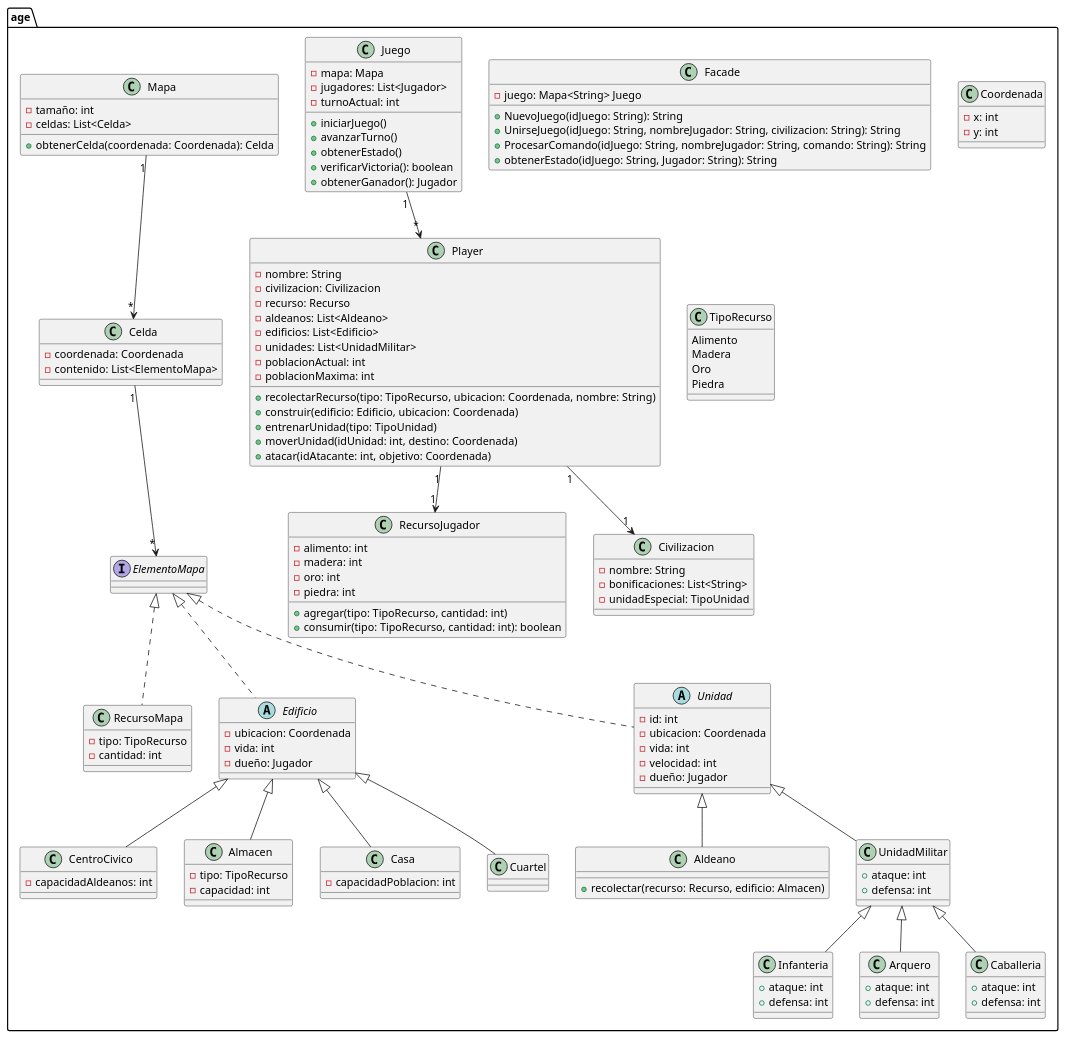
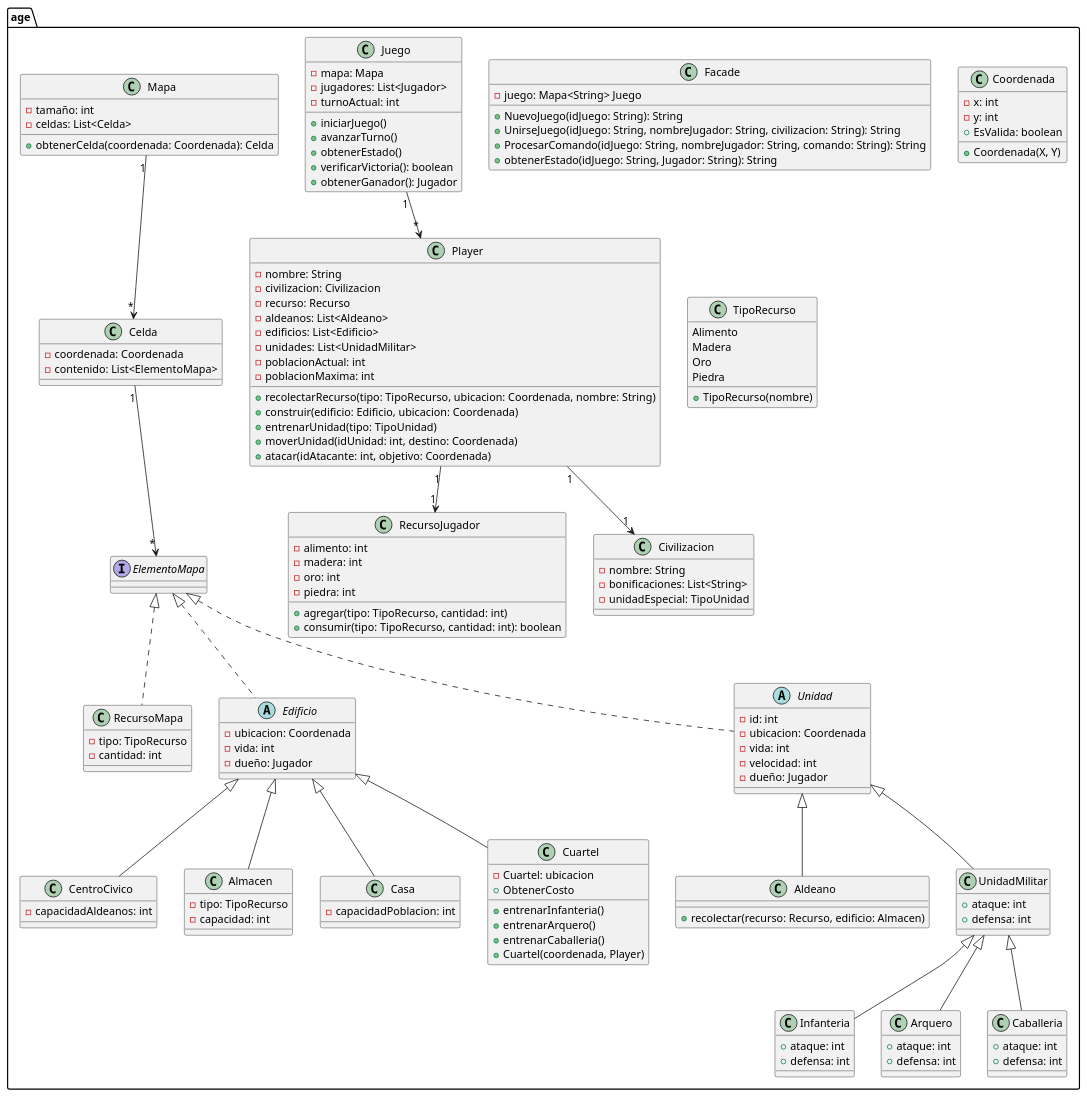
Before and after one commit to mcaetano7/proyectop22025: the diagram in src/scratch.puml, drawn with PlantUML. The commit also changed 2 other files, not shown here.

```diff
--- a/src/scratch.puml
+++ b/src/scratch.puml
@@ -1,150 +1,159 @@
 @startuml PIIProyecto2025
 
 
 package "age" {
 
     class Facade {
     - juego: Mapa<String> Juego
     + NuevoJuego(idJuego: String): String
     + UnirseJuego(idJuego: String, nombreJugador: String, civilizacion: String): String
     + ProcesarComando(idJuego: String, nombreJugador: String, comando: String): String
     + obtenerEstado(idJuego: String, Jugador: String): String
     }
     
     class Juego {
         - mapa: Mapa
         - jugadores: List<Jugador>
         - turnoActual: int
         + iniciarJuego()
         + avanzarTurno()
         + obtenerEstado()
         + verificarVictoria(): boolean
         + obtenerGanador(): Jugador
     }
 
     class Player {
         - nombre: String
         - civilizacion: Civilizacion
         - recurso: Recurso
         - aldeanos: List<Aldeano>
         - edificios: List<Edificio>
         - unidades: List<UnidadMilitar>
         - poblacionActual: int
         - poblacionMaxima: int
         + recolectarRecurso(tipo: TipoRecurso, ubicacion: Coordenada, nombre: String)
         + construir(edificio: Edificio, ubicacion: Coordenada)
         + entrenarUnidad(tipo: TipoUnidad)
         + moverUnidad(idUnidad: int, destino: Coordenada)
         + atacar(idAtacante: int, objetivo: Coordenada)
     }
 
     class Mapa {
         - tamaño: int
         - celdas: List<Celda>
         + obtenerCelda(coordenada: Coordenada): Celda
     }
 
     class Celda {
         - coordenada: Coordenada
         - contenido: List<ElementoMapa>
     }
 
     class Coordenada {
         - x: int
         - y: int
+        + Coordenada(X, Y)
+        + EsValida: boolean
     }
 
     interface ElementoMapa {
     }
 
     class RecursoMapa implements ElementoMapa {
         - tipo: TipoRecurso
         - cantidad: int
     }
 
     class TipoRecurso {
         Alimento
         Madera
         Oro
         Piedra
+        + TipoRecurso(nombre)
     }
 
     class RecursoJugador {
         - alimento: int
         - madera: int
         - oro: int
         - piedra: int
         + agregar(tipo: TipoRecurso, cantidad: int)
         + consumir(tipo: TipoRecurso, cantidad: int): boolean
     }
 
     class Civilizacion {
         - nombre: String
         - bonificaciones: List<String>
         - unidadEspecial: TipoUnidad
     }
 
     abstract class Edificio implements ElementoMapa {
         - ubicacion: Coordenada
         - vida: int
         - dueño: Jugador
     }
 
     class CentroCivico extends Edificio {
         - capacidadAldeanos: int
     }
 
     class Almacen extends Edificio {
         - tipo: TipoRecurso
         - capacidad: int
     }
 
     class Casa extends Edificio {
         - capacidadPoblacion: int
     }
 
     class Cuartel extends Edificio {
+        - Cuartel: ubicacion  
+        + entrenarInfanteria()
+        + entrenarArquero()
+        + entrenarCaballeria()
+        + Cuartel(coordenada, Player)
+        + ObtenerCosto 
     }
 
     abstract class Unidad implements ElementoMapa {
         - id: int
         - ubicacion: Coordenada
         - vida: int
         - velocidad: int
         - dueño: Jugador
     }
 
     class Aldeano extends Unidad {
         + recolectar(recurso: Recurso, edificio: Almacen)
     }
 
     class UnidadMilitar extends Unidad {
         + ataque: int
         + defensa: int
     }
 
     class Infanteria extends UnidadMilitar {
         + ataque: int 
         + defensa: int
     
     }
 
     class Arquero extends UnidadMilitar {
         + ataque: int 
         + defensa: int 
     }
 
     class Caballeria extends UnidadMilitar {
         + ataque: int 
         + defensa: int 
     }
     
     Juego "1" --> "*" Player
     Player "1" --> "1" Civilizacion
     Player "1" --> "1" RecursoJugador
     Mapa "1" --> "*" Celda
     Celda "1" --> "*" ElementoMapa
 
 }
 
 @enduml
```
